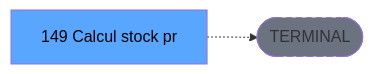
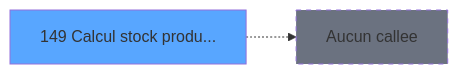
Before and after one commit to thonyAGP/magic-migration: the third of 3 diagrams in .openspec/specs/ADH-IDE-149.md, drawn with Mermaid. The commit also changed other lines of this file and 253 other files, not shown here.

````diff
--- a/.openspec/specs/ADH-IDE-149.md
+++ b/.openspec/specs/ADH-IDE-149.md
@@ -139,8 +358,8 @@
 ```mermaid
 graph LR
-    T[149 Calcul stock pr]
-    TERM([TERMINAL])
-    T -.-> TERM
-    style TERM fill:#6b7280,stroke-dasharray: 5 5
-    style T fill:#58a6ff,color:#000
+    T149[149 Calcul stock produ...]
+    style T149 fill:#58a6ff
+    NONE[Aucun callee]
+    T149 -.-> NONE
+    style NONE fill:#6b7280,stroke-dasharray: 5 5
 ```
````
